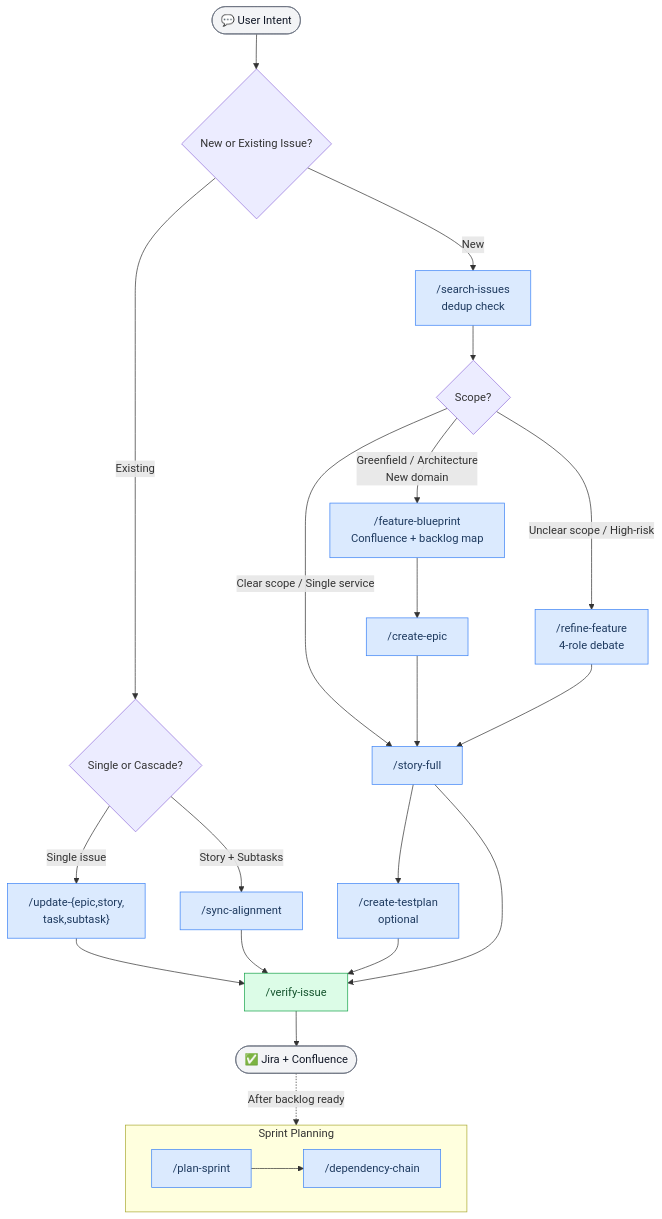
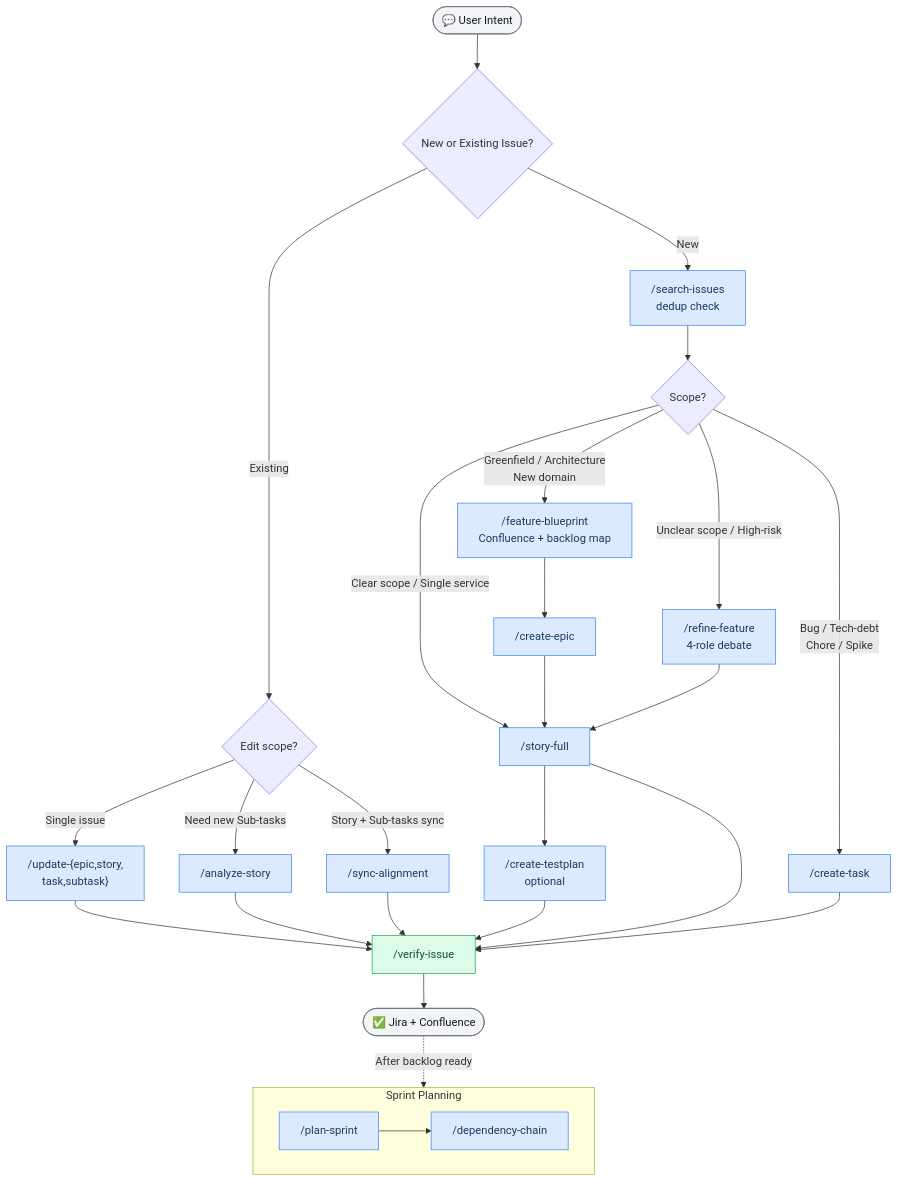
The diagram in README.md (wasikarn/atlassian-pm), drawn with Mermaid before and after one commit.

Commit message:
docs: add missing analyze-story and create-task paths to workflow diagram

````diff
--- a/README.md
+++ b/README.md
@@ -36,43 +36,47 @@
 ```mermaid
 flowchart TD
     A([💬 User Intent]) --> B{New or Existing Issue?}
 
     B -->|New| C["/search-issues\ndedup check"]
-    B -->|Existing| D{Single or Cascade?}
+    B -->|Existing| D{Edit scope?}
 
     D -->|Single issue| E["/update-{epic,story,\ntask,subtask}"]
-    D -->|Story + Subtasks| F["/sync-alignment"]
+    D -->|Need new Sub-tasks| AS["/analyze-story"]
+    D -->|Story + Sub-tasks sync| F["/sync-alignment"]
 
     E --> V["/verify-issue"]
+    AS --> V
     F --> V
 
     C --> G{Scope?}
 
     G -->|"Greenfield / Architecture\nNew domain"| H["/feature-blueprint\nConfluence + backlog map"]
     G -->|"Unclear scope / High-risk"| I["/refine-feature\n4-role debate"]
     G -->|"Clear scope / Single service"| K["/story-full"]
+    G -->|"Bug / Tech-debt\nChore / Spike"| T["/create-task"]
 
     H --> J["/create-epic"] --> K
     I --> K
 
     K --> L["/create-testplan\noptional"]
     L --> V
     K --> V
+    T --> V
 
     V --> M([✅ Jira + Confluence])
 
     subgraph sprint["Sprint Planning"]
         direction LR
         N["/plan-sprint"] --> O["/dependency-chain"]
     end
 
     M -.->|"After backlog ready"| sprint
 
     classDef skill fill:#dbeafe,stroke:#3b82f6,color:#1e3a5f
     classDef gate fill:#dcfce7,stroke:#16a34a,color:#14532d
     classDef endpoint fill:#f3f4f6,stroke:#6b7280,color:#111827
 
-    class C,E,F,H,I,J,K,L,N,O skill
+    class C,E,F,AS,H,I,J,K,L,N,O,T skill
     class V gate
     class A,M endpoint
 ```
````
